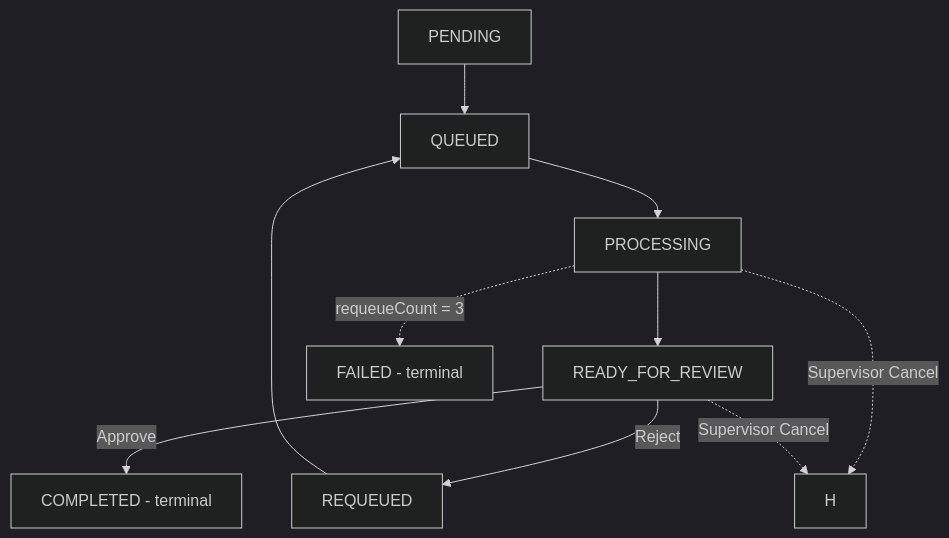
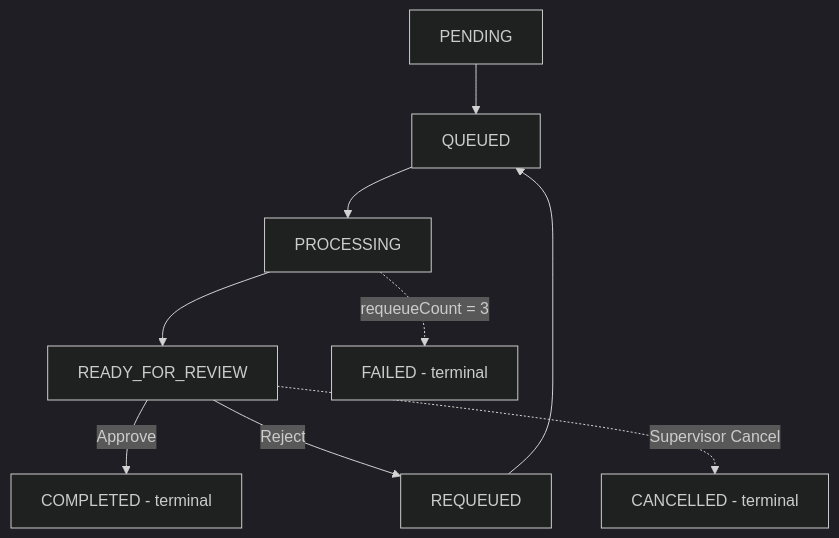
Before and after one commit to ShahedCE/Service-Management-Backend: the diagram in README.md, drawn with Mermaid (dark theme). The commit also changed other lines of this file, not shown here.

````diff
--- a/README.md
+++ b/README.md
@@ -165,12 +171,11 @@
 ```mermaid
 flowchart TD
     A[PENDING] --> B[QUEUED]
     B --> C[PROCESSING]
     C --> D[READY_FOR_REVIEW]
     D -->|Approve| E[COMPLETED - terminal]
     D -->|Reject| F[REQUEUED]
     F --> B
     C -.->|requeueCount = 3| G[FAILED - terminal]
-    C -.->|Supervisor Cancel| H
-    D -.->|Supervisor Cancel| H
+    D -.->|Supervisor Cancel| H[CANCELLED - terminal]
 ```
````
